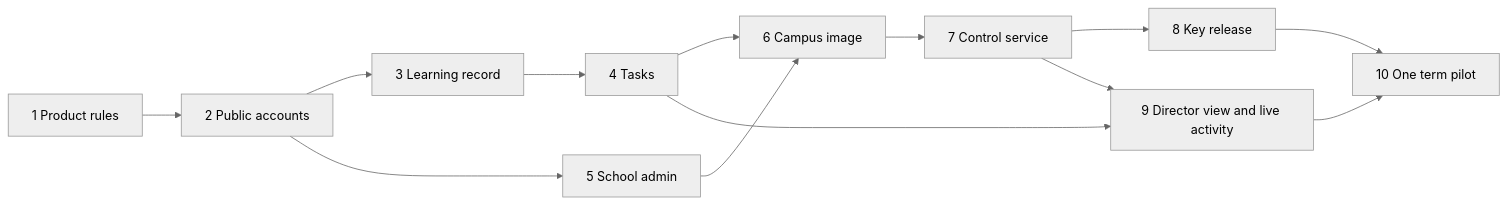
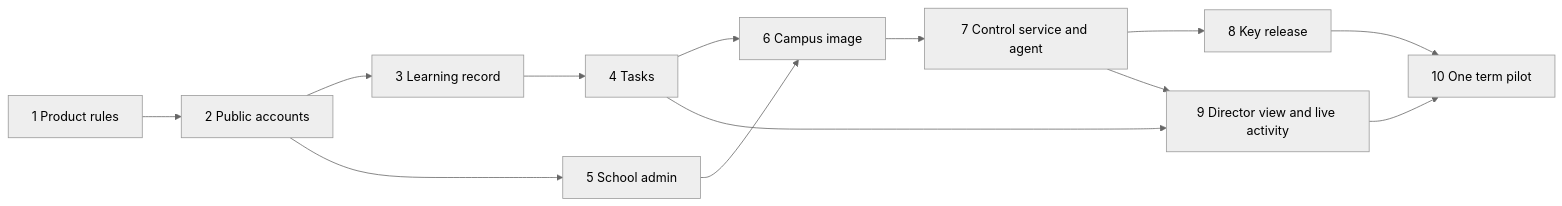
Before and after one commit to MIAH-AI/Science_Lab: the diagram in doc/roadmap/roadmap.md, drawn with Mermaid (neutral theme). The commit also changed other lines of this file and 6 other files, not shown here.

````diff
--- a/doc/roadmap/roadmap.md
+++ b/doc/roadmap/roadmap.md
@@ -5,15 +5,15 @@
 ```mermaid
 flowchart LR
   P1[1 Product rules] --> P2[2 Public accounts]
   P2 --> P3[3 Learning record]
   P2 --> P5[5 School admin]
   P3 --> P4[4 Tasks]
   P4 --> P6[6 Campus image]
   P5 --> P6
-  P6 --> P7[7 Control service]
+  P6 --> P7[7 Control service and agent]
   P7 --> P8[8 Key release]
   P4 --> P9[9 Director view and live activity]
   P7 --> P9
   P8 --> P10[10 One term pilot]
   P9 --> P10
 ```
````
